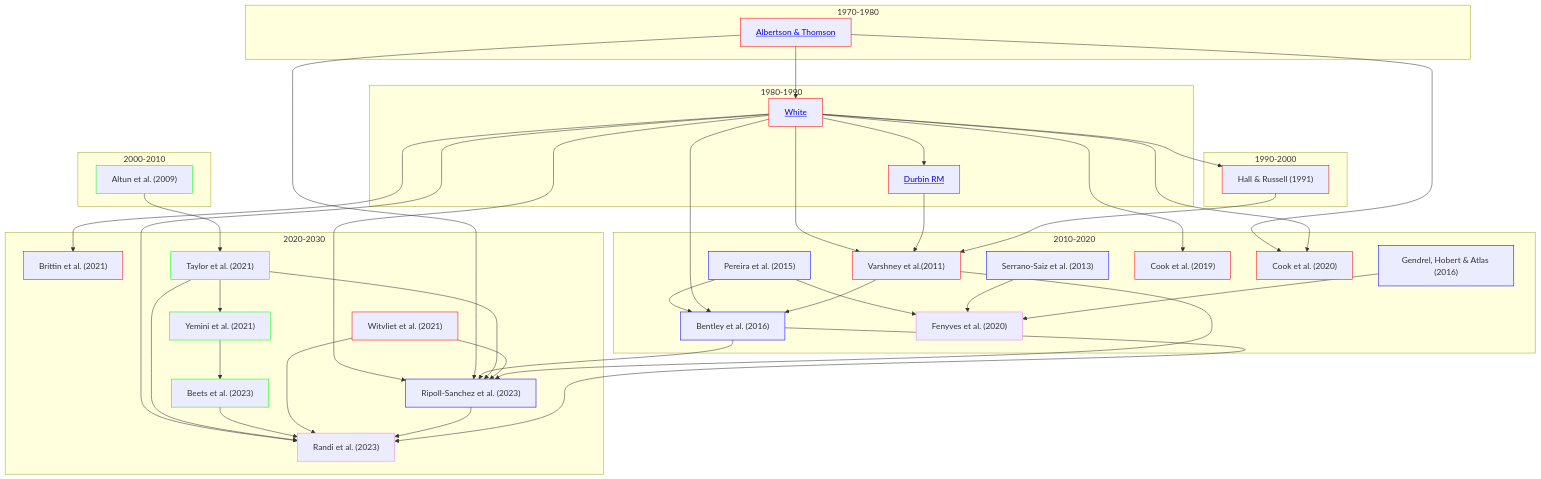
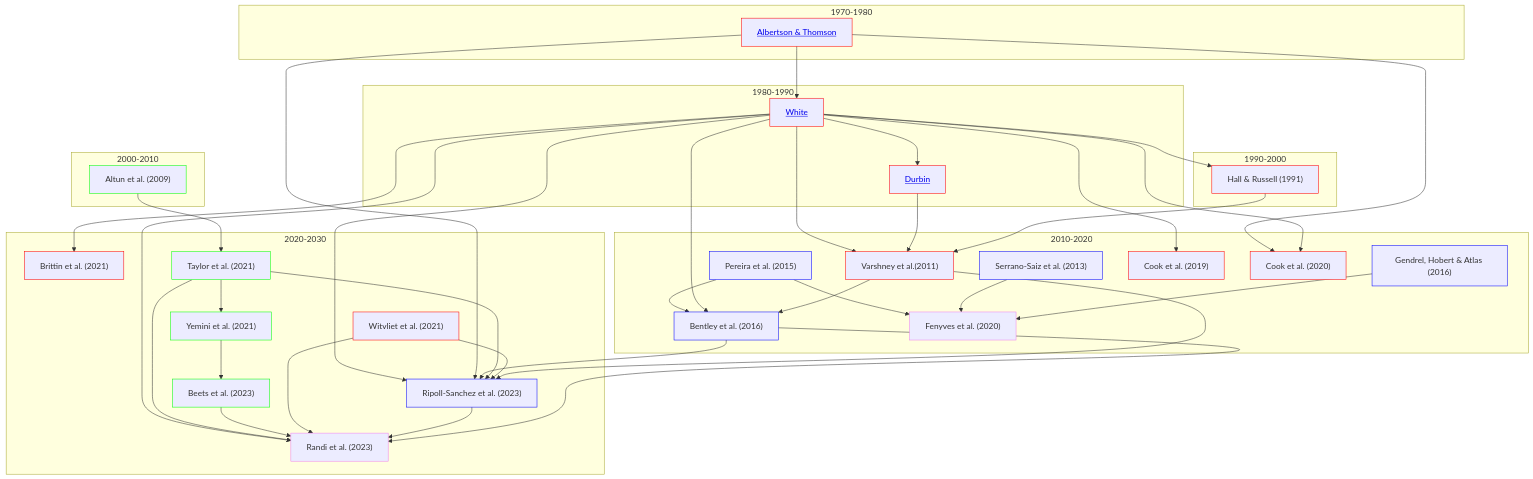
The diagram in README.md (yasinthanvickneswaran/mermaidtest), drawn with Mermaid before and after one commit.

````diff
--- a/README.md
+++ b/README.md
@@ -1,66 +1,66 @@
 ```mermaid
 flowchart TD
     classDef anat stroke:#f00
     classDef gene stroke:#0f0
     classDef es stroke:#00f
     classDef func stroke:#ee82ee
 
 
     subgraph 1970-1980
     A1[<a href='https://github.com/yasinthanvickneswaran/ConnectomeToolbox/blob/main/docs/Albertson_Thompson_1976.md' >Albertson & Thomson</a>]:::anat
     end
     subgraph 1980-1990
-    A[<a href='https://github.com/yasinthanvickneswaran/ConnectomeToolbox/blob/main/docs/White_1986.md' >White</a>]:::anat & B[<a href='https://github.com/yasinthanvickneswaran/ConnectomeToolbox/blob/main/docs/Durbin_1987.md' >Durbin RM</a>]:::anat
+    A[<a href='https://github.com/yasinthanvickneswaran/ConnectomeToolbox/blob/main/docs/White_1986.md' >White</a>]:::anat & B[<a href='https://github.com/yasinthanvickneswaran/ConnectomeToolbox/blob/main/docs/Durbin_1987.md' >Durbin</a>]:::anat
     end
     subgraph 1990-2000
     A2
     end
     subgraph 2000-2010
     C
     end
     subgraph 2010-2020
     D & E & E1 & E2 & F & G & H & I
     end
     subgraph 2020-2030
     J & K & L & M & N & P & NP
     end     
 
 
     E --> H["Fenyves et al. (2020)"]:::func
     E1["Serrano-Saiz et al. (2013)"]:::es --> H
     E2["Gendrel, Hobert & Atlas (2016)"]:::es --> H
     K["Witvliet et al. (2021)"]:::anat
     E["Pereira et al. (2015)"]:::es --> F["Bentley et al. (2016)"]:::es
 
     C["Altun et al. (2009)"]:::gene --> L["Taylor et al. (2021)"]:::gene
     L --> M["Yemini et al. (2021)"]:::gene
     M --> N["Beets et al. (2023)"]:::gene
 
     A --> B
     A1 --> A
     A1 --> I
     A  --> A2["Hall & Russell (1991)"]:::anat
     A --> D["Varshney et al.(2011)"]:::anat
     B --> D
     A2 --> D
     A --> G["Cook et al. (2019)"]:::anat
     A --> I["Cook et al. (2020)"]:::anat
     A --> J["Brittin et al. (2021)"]:::anat
     A --> F
     D --> F
     A --> NP["Ripoll-Sanchez et al. (2023)"]:::es
     A1 --> NP
     F --> NP
     L --> NP
     K --> NP
     D --> NP
     A --> P["Randi et al. (2023)"]:::func
     L --> P
     N --> P
     K --> P
     NP --> P
     F --> P
 
     
     
 ```
````
